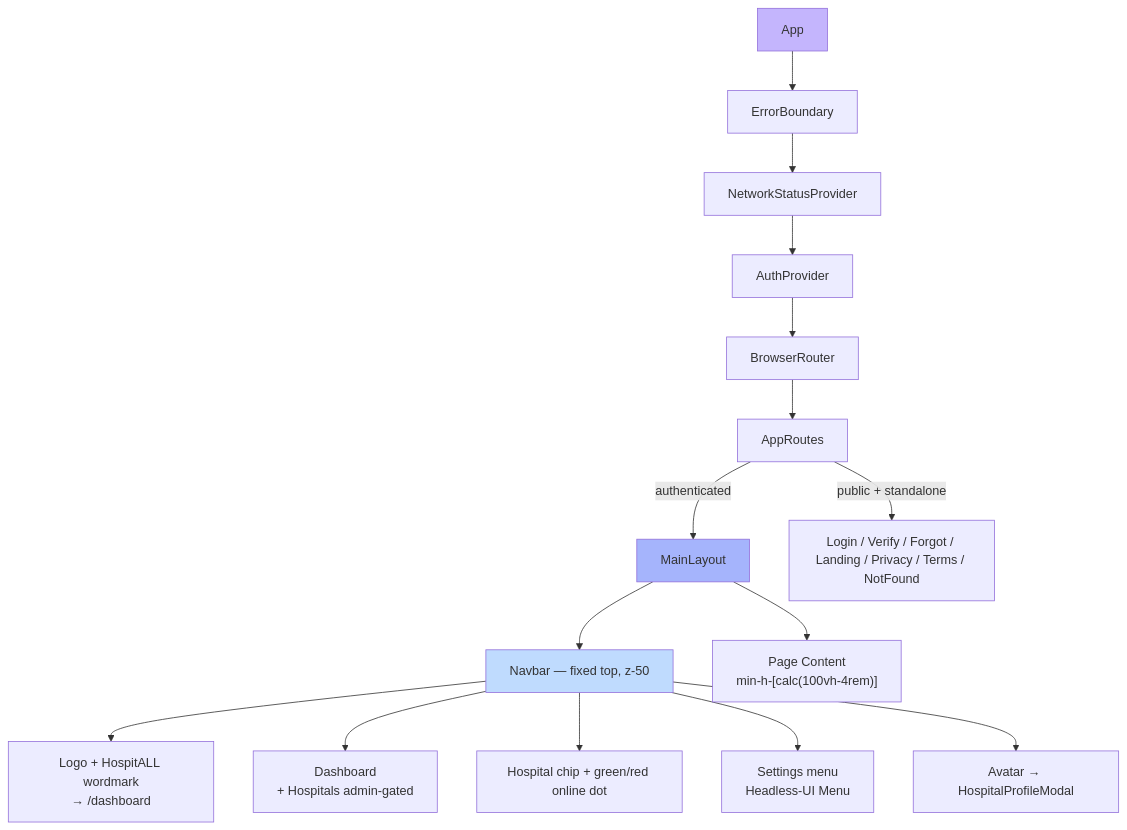
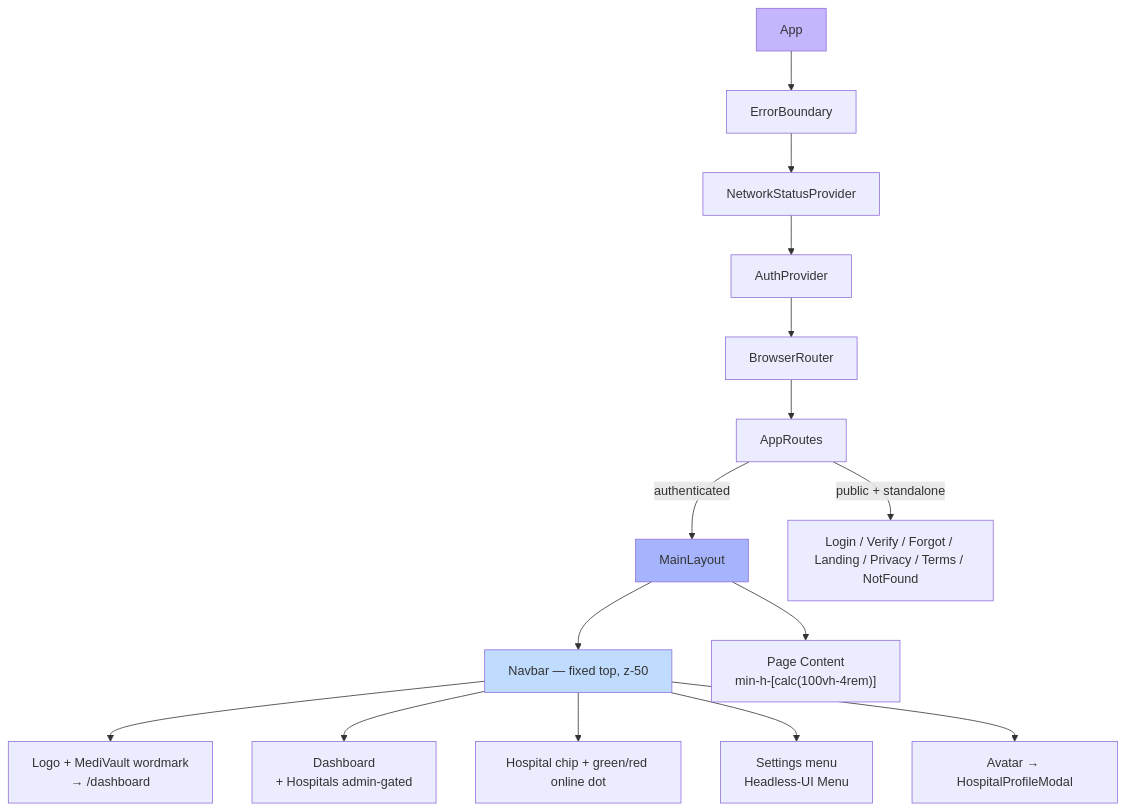
One commit to urvagandhi/Hospital-Management changed the third of 5 diagrams in frontend/README.md. Above: the diagram before and after it, drawn with Mermaid. The commit also changed other lines of this file and 30 other files, not shown here.

Commit message:
Rename HospitALL to MediVault

````diff
--- a/frontend/README.md
+++ b/frontend/README.md
@@ -84,23 +84,23 @@
 ```mermaid
 graph TD
     APP[App] --> EB[ErrorBoundary]
     EB --> NSP[NetworkStatusProvider]
     NSP --> AUTHP[AuthProvider]
     AUTHP --> ROUTER[BrowserRouter]
 
     ROUTER --> ROUTES[AppRoutes]
     ROUTES -->|authenticated| ML[MainLayout]
     ROUTES -->|public + standalone| BARE["Login / Verify / Forgot / Landing / Privacy / Terms / NotFound"]
     ML --> NAV["Navbar — fixed top, z-50"]
     ML --> OUTLET["Page Content<br/>min-h-[calc(100vh-4rem)]"]
 
-    NAV --> BRAND["Logo + HospitALL wordmark<br/>→ /dashboard"]
+    NAV --> BRAND["Logo + MediVault wordmark<br/>→ /dashboard"]
     NAV --> LINKS["Dashboard<br/>+ Hospitals admin-gated"]
     NAV --> CHIP["Hospital chip + green/red online dot"]
     NAV --> GEAR["Settings menu<br/>Headless-UI Menu"]
     NAV --> AVATAR["Avatar → HospitalProfileModal"]
 
     style APP fill:#c4b5fd
     style ML fill:#a5b4fc
     style NAV fill:#bfdbfe
 ```
````
